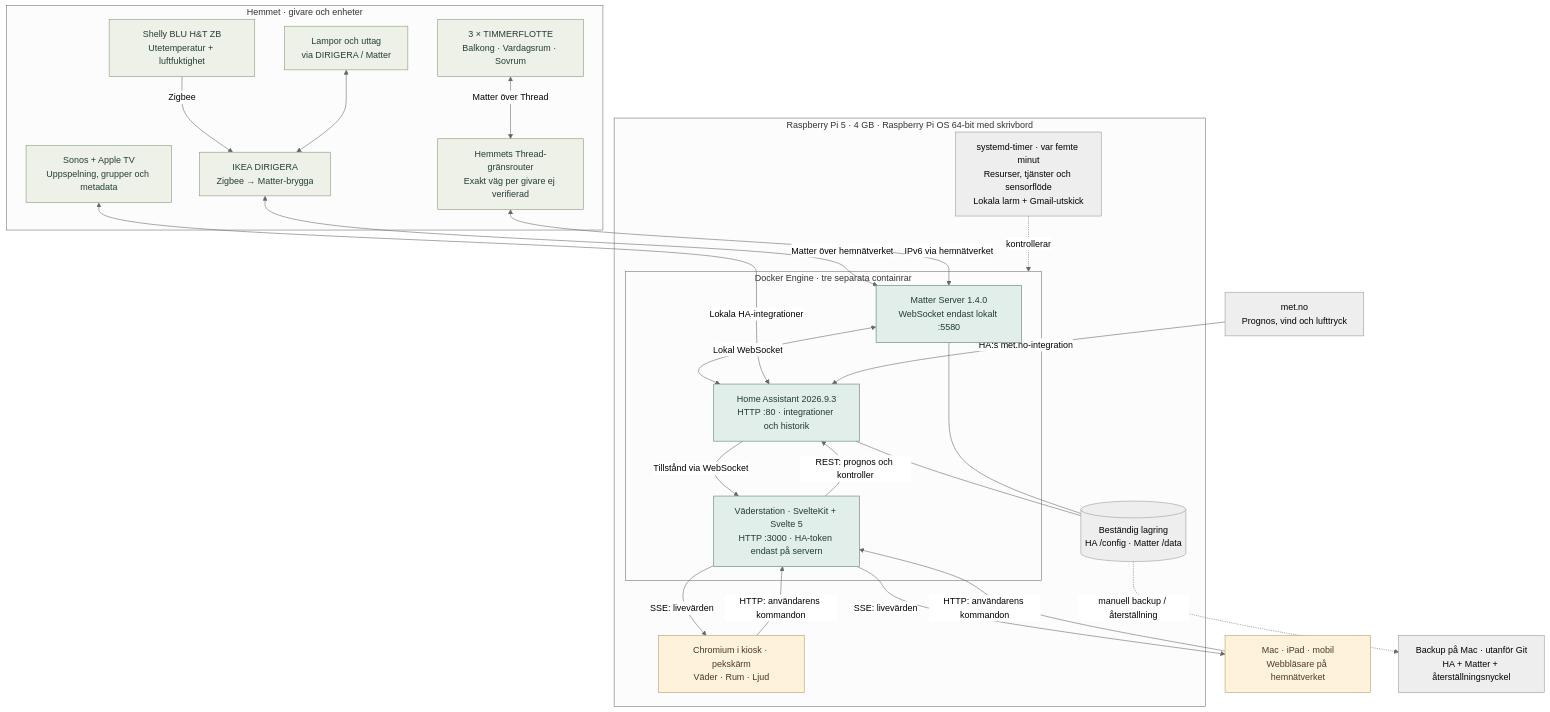
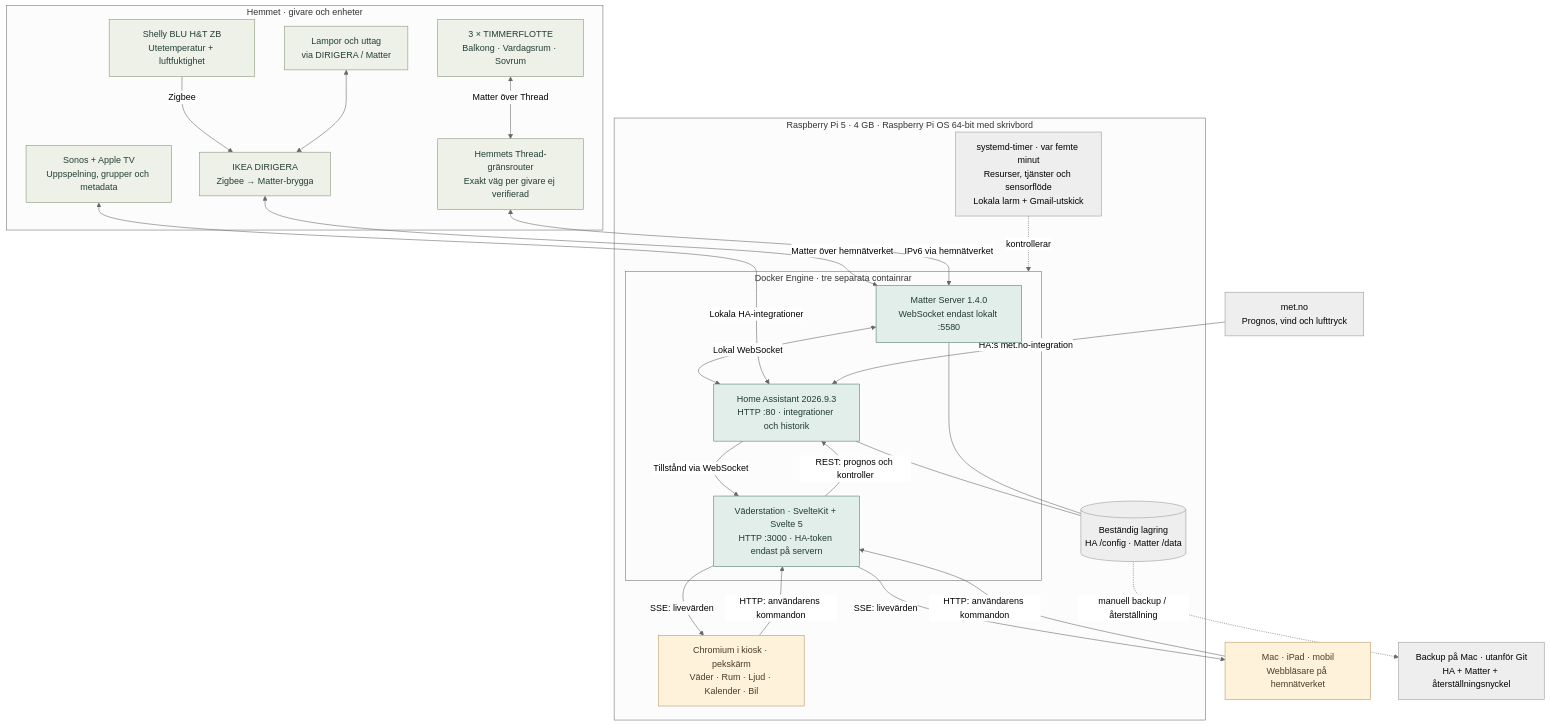
Before and after one commit to rosieboy/weather-station: the first of 3 diagrams in README.md, drawn with Mermaid (neutral theme). The commit also changed other lines of this file and 4 other files, not shown here.

````diff
--- a/README.md
+++ b/README.md
@@ -131,52 +131,52 @@
 ```mermaid
 flowchart TB
     subgraph Devices["Hemmet · givare och enheter"]
         Shelly["Shelly BLU H&T ZB<br/>Utetemperatur + luftfuktighet"]
         Dirigera["IKEA DIRIGERA<br/>Zigbee → Matter-brygga"]
         Timmer["3 × TIMMERFLOTTE<br/>Balkong · Vardagsrum · Sovrum"]
         Thread["Hemmets Thread-gränsrouter<br/>Exakt väg per givare ej verifierad"]
         Lights["Lampor och uttag<br/>via DIRIGERA / Matter"]
         Media["Sonos + Apple TV<br/>Uppspelning, grupper och metadata"]
         Shelly -->|Zigbee| Dirigera
         Timmer <-->|Matter över Thread| Thread
         Lights <--> Dirigera
     end
 
     Met["met.no<br/>Prognos, vind och lufttryck"]
 
     subgraph Pi["Raspberry Pi 5 · 4 GB · Raspberry Pi OS 64-bit med skrivbord"]
         subgraph Docker["Docker Engine · tre separata containrar"]
             Matter["Matter Server 1.4.0<br/>WebSocket endast lokalt :5580"]
             HA["Home Assistant 2026.9.3<br/>HTTP :80 · integrationer och historik"]
             App["Väderstation · SvelteKit + Svelte 5<br/>HTTP :3000 · HA-token endast på servern"]
             Matter <-->|Lokal WebSocket| HA
             HA -->|Tillstånd via WebSocket| App
             App -->|REST: prognos och kontroller| HA
         end
         Storage[("Beständig lagring<br/>HA /config · Matter /data")]
-        Kiosk["Chromium i kiosk · pekskärm<br/>Väder · Rum · Ljud"]
+        Kiosk["Chromium i kiosk · pekskärm<br/>Väder · Rum · Ljud · Kalender · Bil"]
         Health["systemd-timer · var femte minut<br/>Resurser, tjänster och sensorflöde<br/>Lokala larm + Gmail-utskick"]
         HA --- Storage
         Matter --- Storage
         App -->|SSE: livevärden| Kiosk
         Kiosk -->|HTTP: användarens kommandon| App
         Health -. kontrollerar .-> Docker
     end
 
     Dirigera <-->|Matter över hemnätverket| Matter
     Thread <-->|IPv6 via hemnätverket| Matter
     Media <-->|Lokala HA-integrationer| HA
     Met -->|HA:s met.no-integration| HA
     Clients["Mac · iPad · mobil<br/>Webbläsare på hemnätverket"]
     App -->|SSE: livevärden| Clients
     Clients -->|HTTP: användarens kommandon| App
     Backup["Backup på Mac · utanför Git<br/>HA + Matter + återställningsnyckel"]
     Storage -. manuell backup / återställning .-> Backup
 
     classDef hardware fill:#eef1e7,stroke:#829578,color:#233e36
     classDef service fill:#e2eee9,stroke:#527b6b,color:#203c33
     classDef screen fill:#fff2da,stroke:#b49864,color:#483b27
     class Shelly,Dirigera,Timmer,Thread,Lights,Media hardware
     class Matter,HA,App service
     class Kiosk,Clients screen
 ```
````
